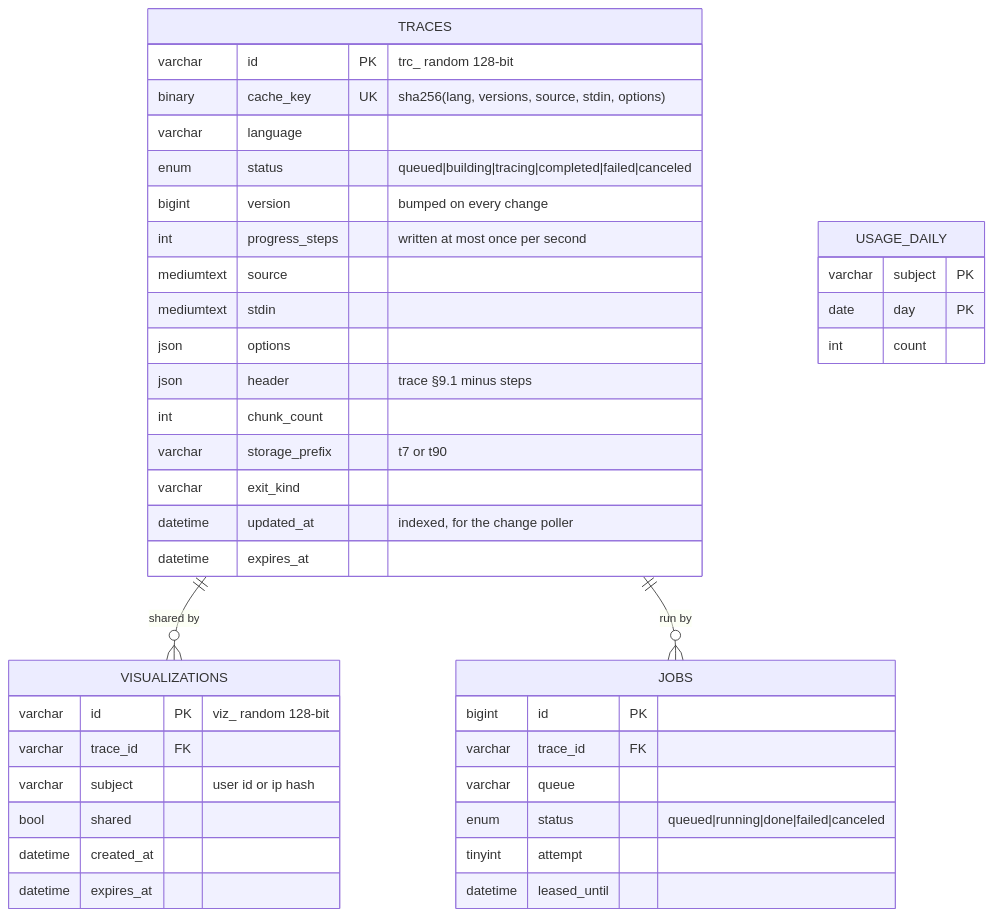
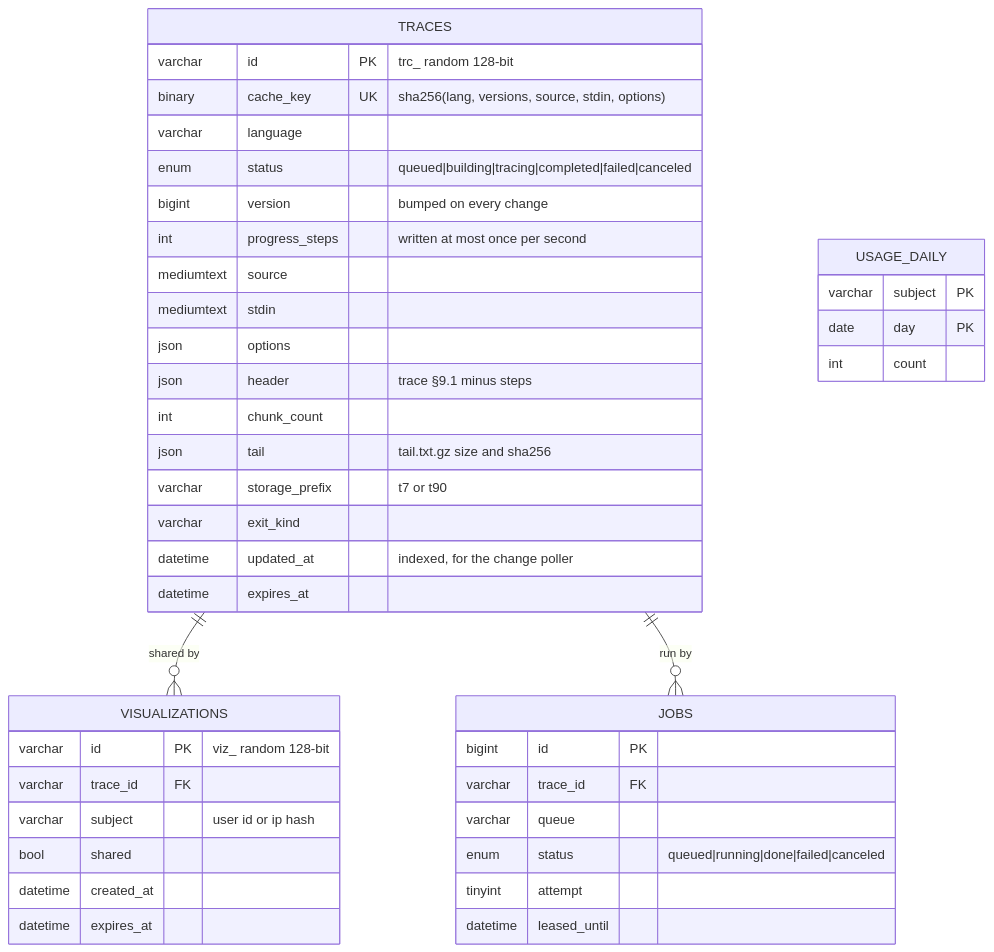
One commit to tu-hm/code-viz changed the third of 6 diagrams in plans/code-visualizer-spec_2.md. Above: the diagram before and after it, drawn with Mermaid. The commit also changed other lines of this file and 6 other files, not shown here.

````diff
--- a/plans/code-visualizer-spec_2.md
+++ b/plans/code-visualizer-spec_2.md
@@ -654,43 +655,44 @@
 ```mermaid
 erDiagram
   TRACES ||--o{ VISUALIZATIONS : "shared by"
   TRACES ||--o{ JOBS : "run by"
   TRACES {
     varchar id PK "trc_ random 128-bit"
     binary cache_key UK "sha256(lang, versions, source, stdin, options)"
     varchar language
     enum status "queued|building|tracing|completed|failed|canceled"
     bigint version "bumped on every change"
     int progress_steps "written at most once per second"
     mediumtext source
     mediumtext stdin
     json options
     json header "trace §9.1 minus steps"
     int chunk_count
+    json tail "tail.txt.gz size and sha256"
     varchar storage_prefix "t7 or t90"
     varchar exit_kind
     datetime updated_at "indexed, for the change poller"
     datetime expires_at
   }
   VISUALIZATIONS {
     varchar id PK "viz_ random 128-bit"
     varchar trace_id FK
     varchar subject "user id or ip hash"
     bool shared
     datetime created_at
     datetime expires_at
   }
   JOBS {
     bigint id PK
     varchar trace_id FK
     varchar queue
     enum status "queued|running|done|failed|canceled"
     tinyint attempt
     datetime leased_until
   }
   USAGE_DAILY {
     varchar subject PK
     date day PK
     int count
   }
 ```
````
